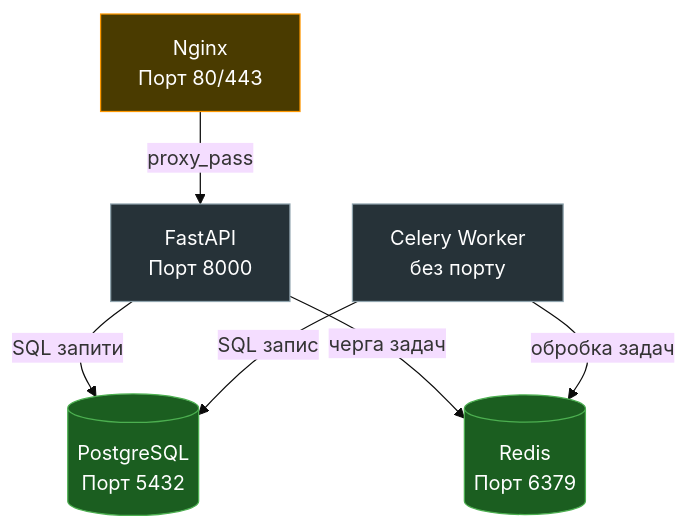
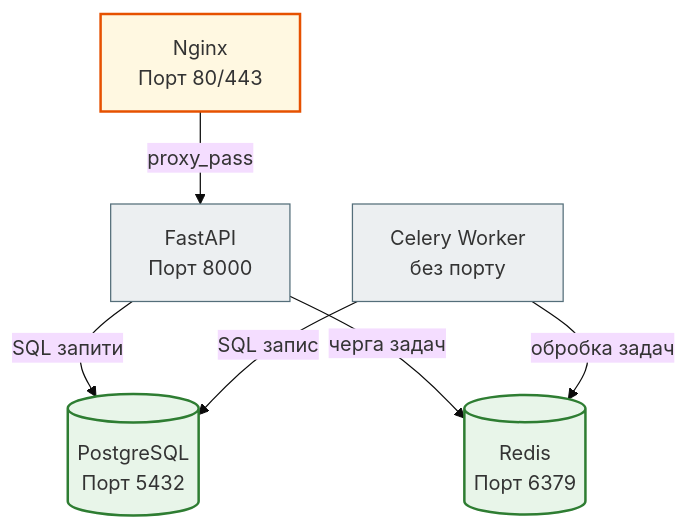
Before and after one commit to NikoriakViktot/notes_chat_app: the third of 5 diagrams in docs/10_linux_and_devops/docker_guide.md, drawn with Mermaid (base theme). The commit also changed other lines of this file and 441 other files, not shown here.

First line of the commit message:
Add English version of the book, Mermaid standard, docs fixes

````diff
--- a/docs/10_linux_and_devops/docker_guide.md
+++ b/docs/10_linux_and_devops/docker_guide.md
@@ -616,18 +620,21 @@
 ```mermaid
 flowchart TD
-    classDef service fill:#263238,stroke:#90a4ae,color:#fff
-    classDef data fill:#1b5e20,stroke:#4caf50,color:#fff
-    classDef proxy fill:#4a3b00,stroke:#ff9800,color:#fff
-
-    Nginx[Nginx\nПорт 80/443]:::proxy
-    WebApp[FastAPI\nПорт 8000]:::service
-    Worker[Celery Worker\nбез порту]:::service
-    Database[(PostgreSQL\nПорт 5432)]:::data
-    Redis[(Redis\nПорт 6379)]:::data
+    Nginx["Nginx<br>Порт 80/443"]
+    WebApp["FastAPI<br>Порт 8000"]
+    Worker["Celery Worker<br>без порту"]
+    Database[("PostgreSQL<br>Порт 5432")]
+    Redis[("Redis<br>Порт 6379")]
 
     Nginx -->|proxy_pass| WebApp
     WebApp -->|SQL запити| Database
     WebApp -->|черга задач| Redis
     Worker -->|обробка задач| Redis
     Worker -->|SQL запис| Database
+
+    classDef step     fill:#eceff1,stroke:#546e7a,stroke-width:1px;
+    classDef success  fill:#e8f5e9,stroke:#2e7d32,stroke-width:2px;
+    classDef warning  fill:#fff8e1,stroke:#e65100,stroke-width:2px;
+    class WebApp,Worker step;
+    class Database,Redis success;
+    class Nginx warning;
 ```
````
